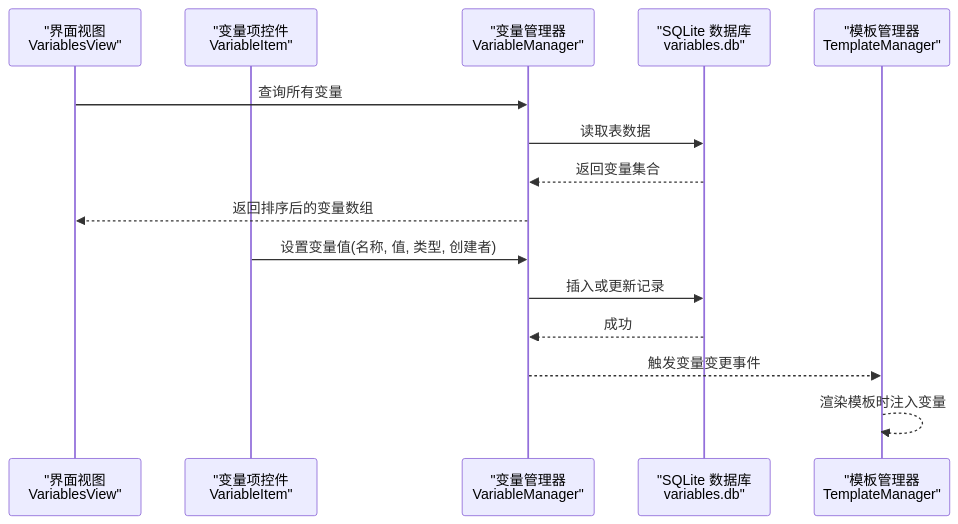
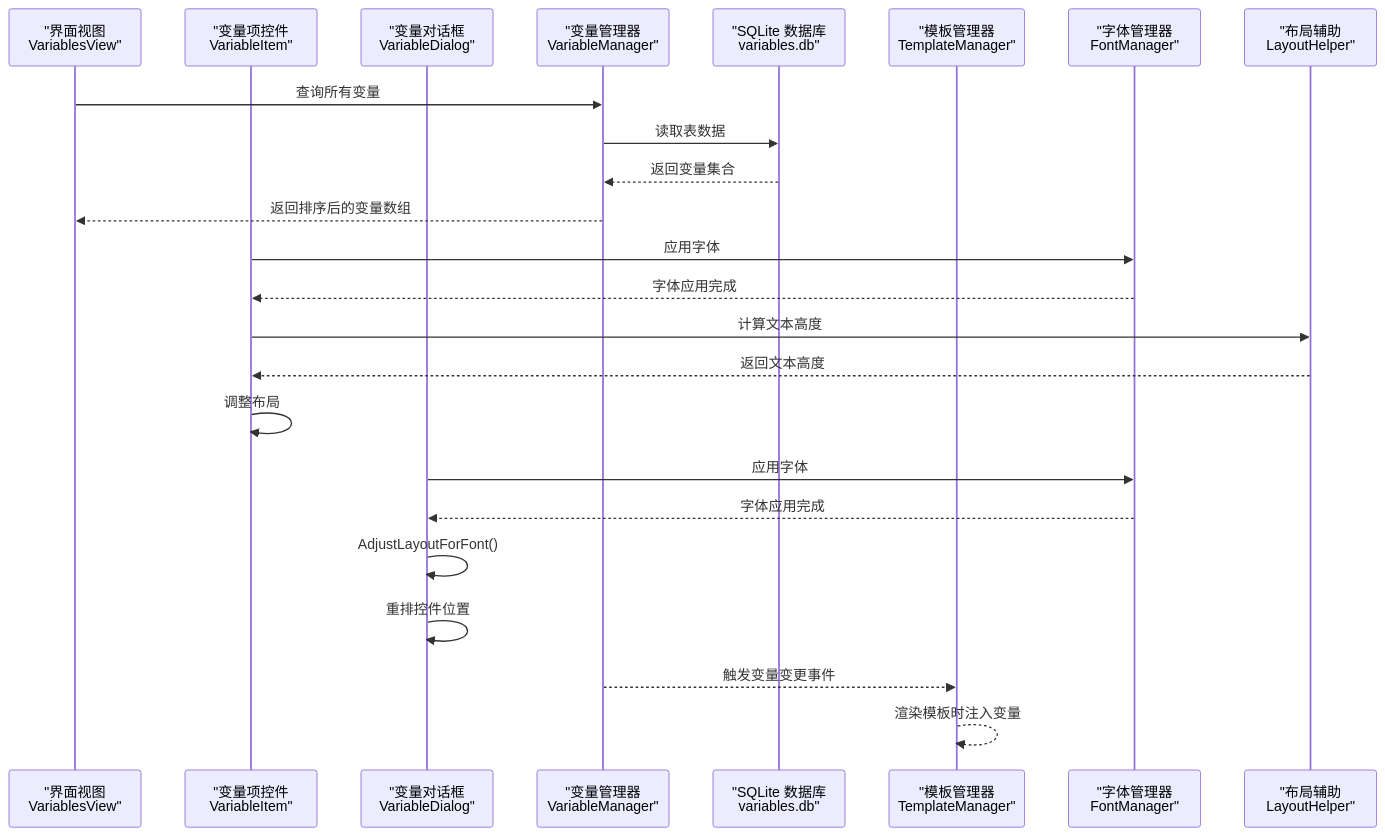
One commit to tea4go/Macro-Deck changed the second of 10 diagrams in .qoder/repowiki/zh/content/变量系统/变量系统.md. Above: the diagram before and after it, drawn with Mermaid. The commit also changed other lines of this file and 63 other files, not shown here.

````diff
--- a/.qoder/repowiki/zh/content/变量系统/变量系统.md
+++ b/.qoder/repowiki/zh/content/变量系统/变量系统.md
@@ -90,17 +121,26 @@
 ```mermaid
 sequenceDiagram
 participant UI as "界面视图<br/>VariablesView"
 participant Item as "变量项控件<br/>VariableItem"
+participant Dialog as "变量对话框<br/>VariableDialog"
 participant VM as "变量管理器<br/>VariableManager"
 participant DB as "SQLite 数据库<br/>variables.db"
 participant TM as "模板管理器<br/>TemplateManager"
+participant FM as "字体管理器<br/>FontManager"
+participant LH as "布局辅助<br/>LayoutHelper"
 UI->>VM : 查询所有变量
 VM->>DB : 读取表数据
 DB-->>VM : 返回变量集合
 VM-->>UI : 返回排序后的变量数组
-Item->>VM : 设置变量值(名称, 值, 类型, 创建者)
-VM->>DB : 插入或更新记录
-DB-->>VM : 成功
+Item->>FM : 应用字体
+FM-->>Item : 字体应用完成
+Item->>LH : 计算文本高度
+LH-->>Item : 返回文本高度
+Item->>Item : 调整布局
+Dialog->>FM : 应用字体
+FM-->>Dialog : 字体应用完成
+Dialog->>Dialog : AdjustLayoutForFont()
+Dialog->>Dialog : 重排控件位置
 VM-->>TM : 触发变量变更事件
 TM-->>TM : 渲染模板时注入变量
 ```
````
